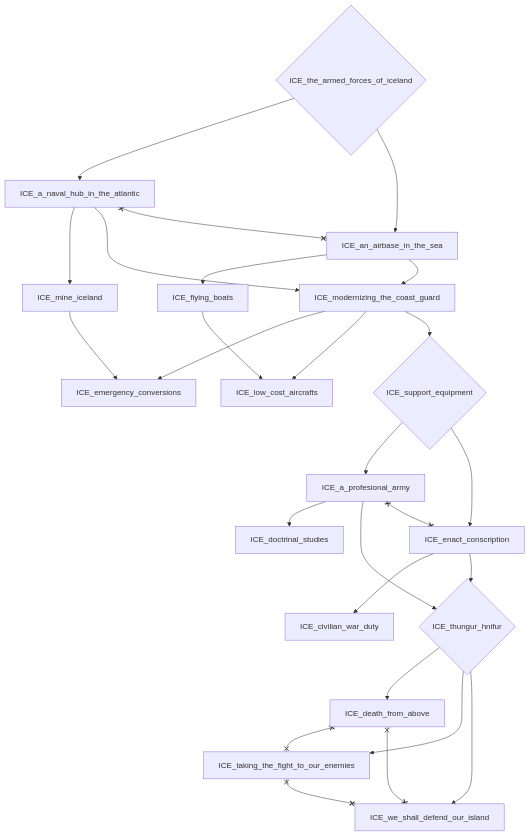
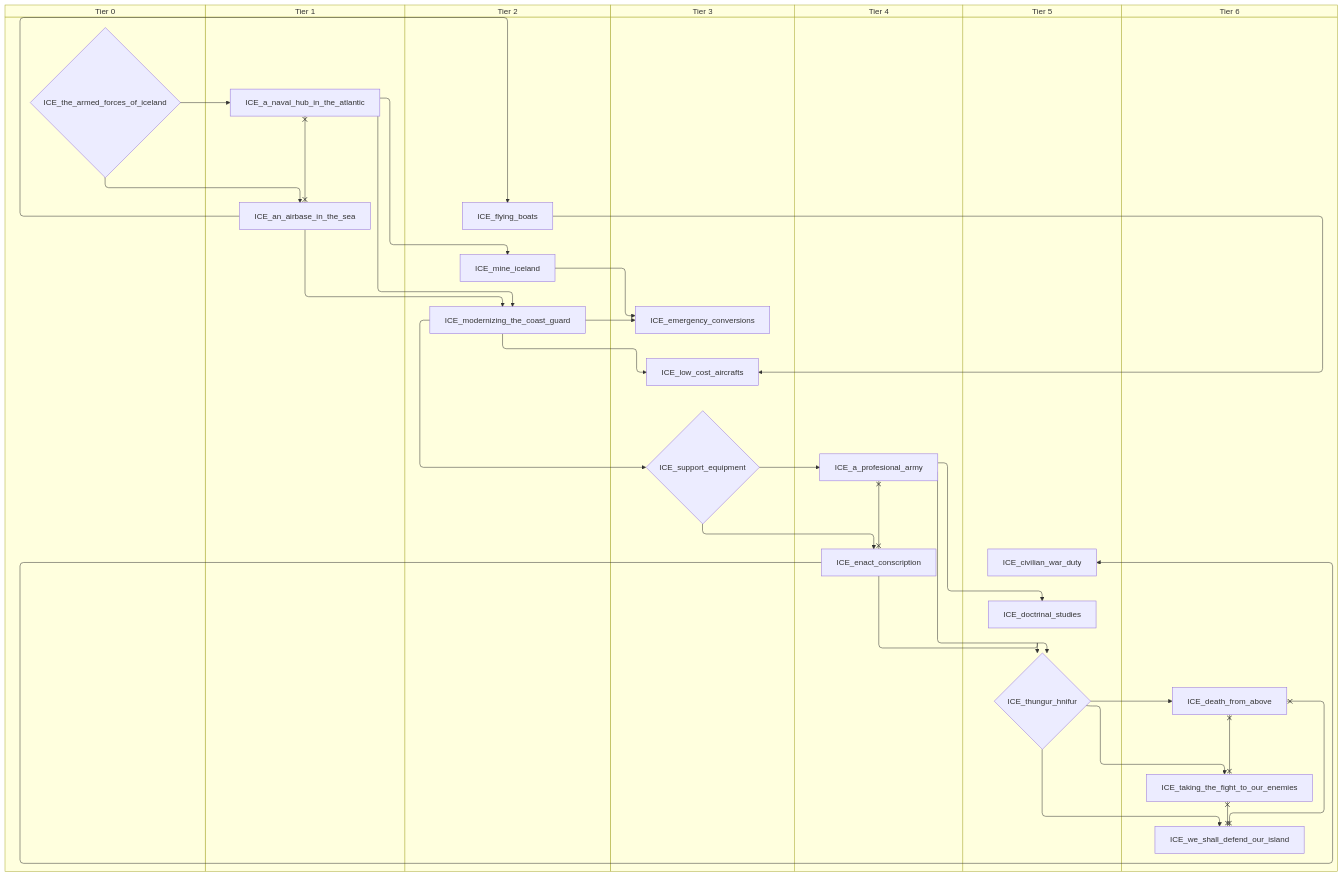
The fifth of 6 diagrams in docs/gdd/National Focuses/iceland.md (evgeny-sobol/hoi4-sandbox-mode), drawn with Mermaid before and after one commit. The commit also changed other lines of this file and 80 other files, not shown here.

First line of the commit message:
Add swimlane mode to focus graph exporter

````diff
--- a/docs/gdd/National Focuses/iceland.md
+++ b/docs/gdd/National Focuses/iceland.md
@@ -161,45 +207,59 @@
 ```mermaid
-flowchart TD
-    n45["ICE_a_naval_hub_in_the_atlantic"]
-    n46["ICE_a_profesional_army"]
-    n47["ICE_an_airbase_in_the_sea"]
-    n48["ICE_civilian_war_duty"]
-    n49["ICE_death_from_above"]
-    n50["ICE_doctrinal_studies"]
-    n51["ICE_emergency_conversions"]
-    n52["ICE_enact_conscription"]
-    n53["ICE_flying_boats"]
-    n54["ICE_low_cost_aircrafts"]
-    n55["ICE_mine_iceland"]
-    n56["ICE_modernizing_the_coast_guard"]
-    n57{"ICE_support_equipment"}
-    n58["ICE_taking_the_fight_to_our_enemies"]
-    n59{"ICE_the_armed_forces_of_iceland"}
-    n60{"ICE_thungur_hnifur"}
-    n61["ICE_we_shall_defend_our_island"]
-    n59 --> n45
-    n57 --> n46
-    n59 --> n47
-    n52 --> n48
-    n60 --> n49
+swimlane-beta TD
+    subgraph tier_0["Tier 0"]
+        n45{"ICE_the_armed_forces_of_iceland"}
+    end
+    subgraph tier_1["Tier 1"]
+        n46["ICE_a_naval_hub_in_the_atlantic"]
+        n47["ICE_an_airbase_in_the_sea"]
+    end
+    subgraph tier_2["Tier 2"]
+        n48["ICE_flying_boats"]
+        n49["ICE_mine_iceland"]
+        n50["ICE_modernizing_the_coast_guard"]
+    end
+    subgraph tier_3["Tier 3"]
+        n51["ICE_emergency_conversions"]
+        n52["ICE_low_cost_aircrafts"]
+        n53{"ICE_support_equipment"}
+    end
+    subgraph tier_4["Tier 4"]
+        n54["ICE_a_profesional_army"]
+        n55["ICE_enact_conscription"]
+    end
+    subgraph tier_5["Tier 5"]
+        n56["ICE_civilian_war_duty"]
+        n57["ICE_doctrinal_studies"]
+        n58{"ICE_thungur_hnifur"}
+    end
+    subgraph tier_6["Tier 6"]
+        n59["ICE_death_from_above"]
+        n60["ICE_taking_the_fight_to_our_enemies"]
+        n61["ICE_we_shall_defend_our_island"]
+    end
+    n45 --> n46
+    n53 --> n54
+    n45 --> n47
+    n55 --> n56
+    n58 --> n59
+    n54 --> n57
+    n49 --> n51
+    n50 --> n51
+    n53 --> n55
+    n47 --> n48
+    n48 --> n52
+    n50 --> n52
+    n46 --> n49
+    n47 --> n50
     n46 --> n50
-    n55 --> n51
-    n56 --> n51
-    n57 --> n52
-    n47 --> n53
-    n53 --> n54
-    n56 --> n54
-    n45 --> n55
-    n47 --> n56
-    n45 --> n56
-    n56 --> n57
-    n60 --> n58
-    n46 --> n60
-    n52 --> n60
-    n60 --> n61
-    n45 x--x n47
-    n46 x--x n52
-    n49 x--x n58
-    n49 x--x n61
-    n58 x--x n61
+    n50 --> n53
+    n58 --> n60
+    n54 --> n58
+    n55 --> n58
+    n58 --> n61
+    n46 x--x n47
+    n54 x--x n55
+    n59 x--x n60
+    n59 x--x n61
+    n60 x--x n61
 ```
````
